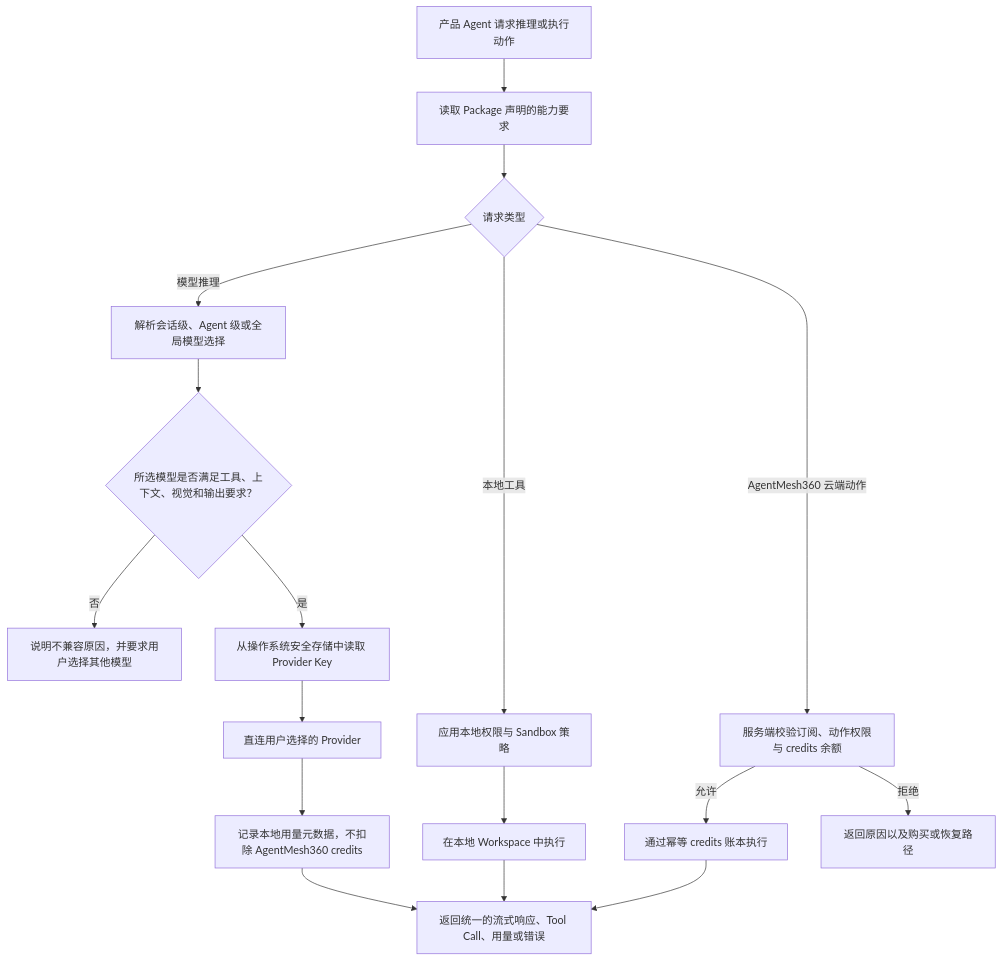
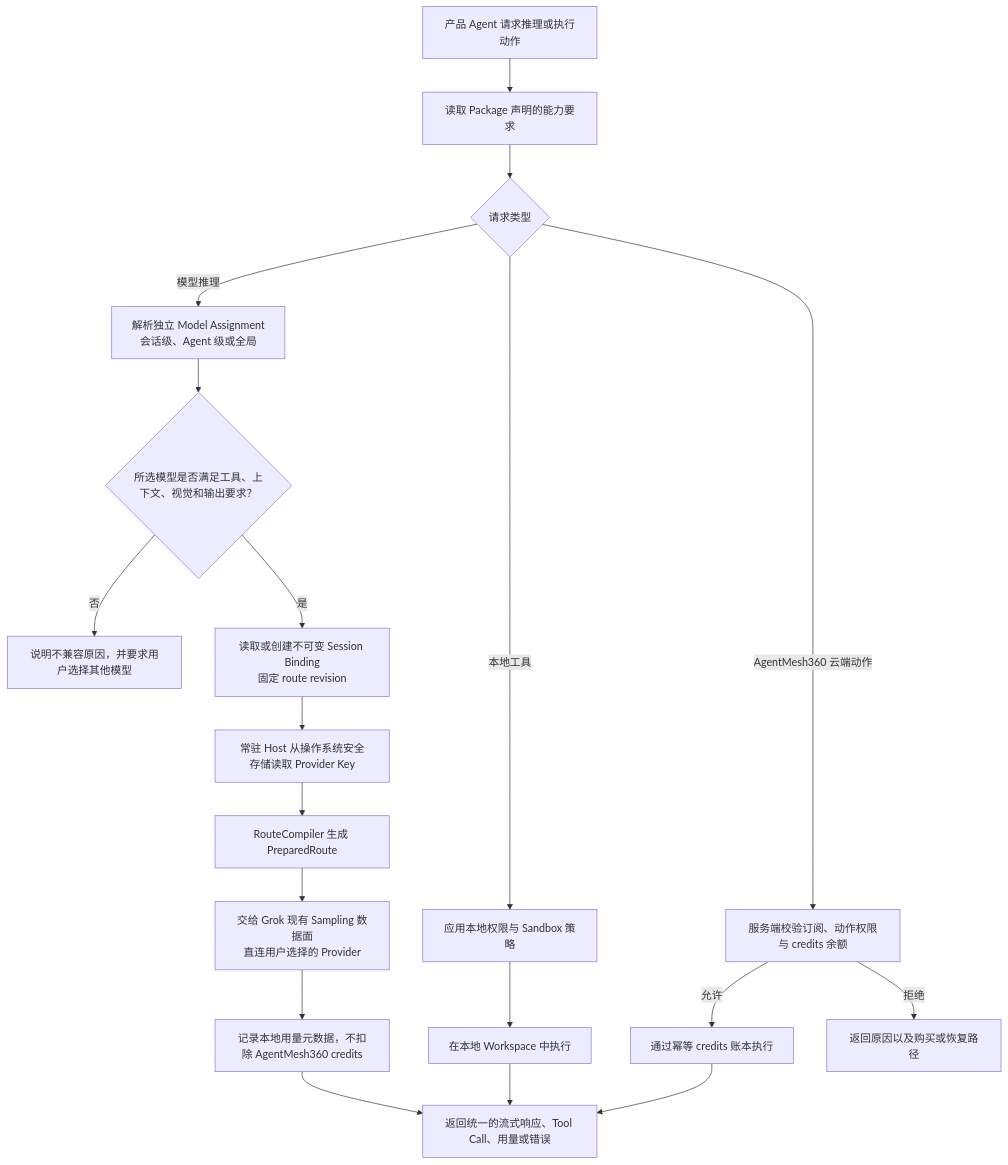
One commit to jiyangnan/AgentMesh360-Client changed the seventh of 8 diagrams in docs/architecture/PRODUCT_BLUEPRINT.md. Above: the diagram before and after it, drawn with Mermaid. The commit also changed other lines of this file and 16 other files, not shown here.

````diff
--- a/docs/architecture/PRODUCT_BLUEPRINT.md
+++ b/docs/architecture/PRODUCT_BLUEPRINT.md
@@ -374,23 +389,25 @@
 ```mermaid
 flowchart TD
     REQUEST["产品 Agent 请求推理或执行动作"] --> DECLARED["读取 Package 声明的能力要求"]
     DECLARED --> KIND{"请求类型"}
 
-    KIND -->|"模型推理"| MODEL["解析会话级、Agent 级或全局模型选择"]
+    KIND -->|"模型推理"| MODEL["解析独立 Model Assignment\n会话级、Agent 级或全局"]
     MODEL --> CAPABLE{"所选模型是否满足工具、上下文、视觉和输出要求？"}
     CAPABLE -->|"否"| EXPLAIN["说明不兼容原因，并要求用户选择其他模型"]
-    CAPABLE -->|"是"| SECRET["从操作系统安全存储中读取 Provider Key"]
-    SECRET --> DIRECT["直连用户选择的 Provider"]
+    CAPABLE -->|"是"| BINDING["读取或创建不可变 Session Binding\n固定 route revision"]
+    BINDING --> SECRET["常驻 Host 从操作系统安全存储读取 Provider Key"]
+    SECRET --> COMPILE["RouteCompiler 生成 PreparedRoute"]
+    COMPILE --> DIRECT["交给 Grok 现有 Sampling 数据面\n直连用户选择的 Provider"]
     DIRECT --> USAGE["记录本地用量元数据，不扣除 AgentMesh360 credits"]
 
     KIND -->|"本地工具"| POLICY["应用本地权限与 Sandbox 策略"]
     POLICY --> LOCAL_RESULT["在本地 Workspace 中执行"]
 
     KIND -->|"AgentMesh360 云端动作"| ENTITLEMENT["服务端校验订阅、动作权限与 credits 余额"]
     ENTITLEMENT -->|"允许"| CLOUD["通过幂等 credits 账本执行"]
     ENTITLEMENT -->|"拒绝"| DENIED["返回原因以及购买或恢复路径"]
 
     USAGE --> RESULT["返回统一的流式响应、Tool Call、用量或错误"]
     LOCAL_RESULT --> RESULT
     CLOUD --> RESULT
 ```
````
